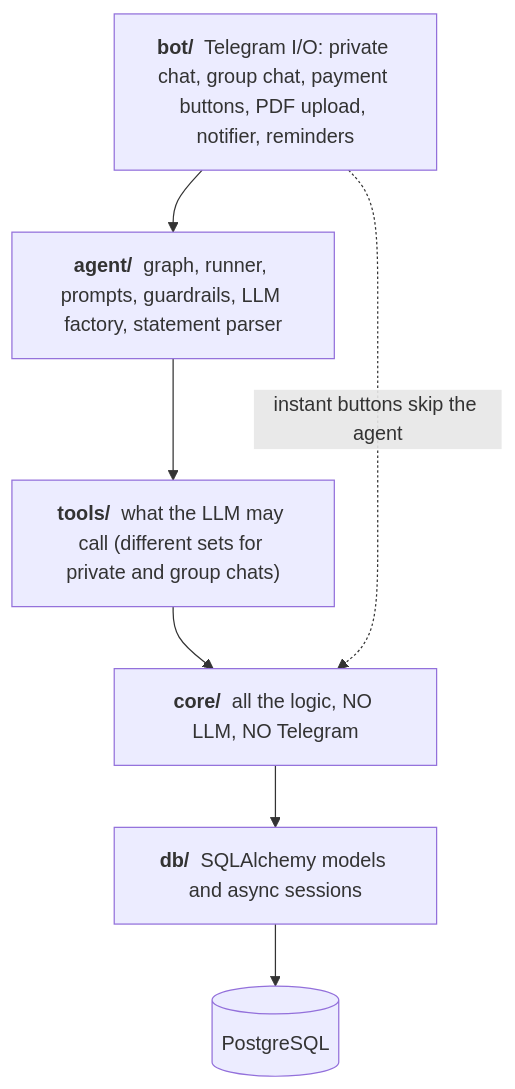
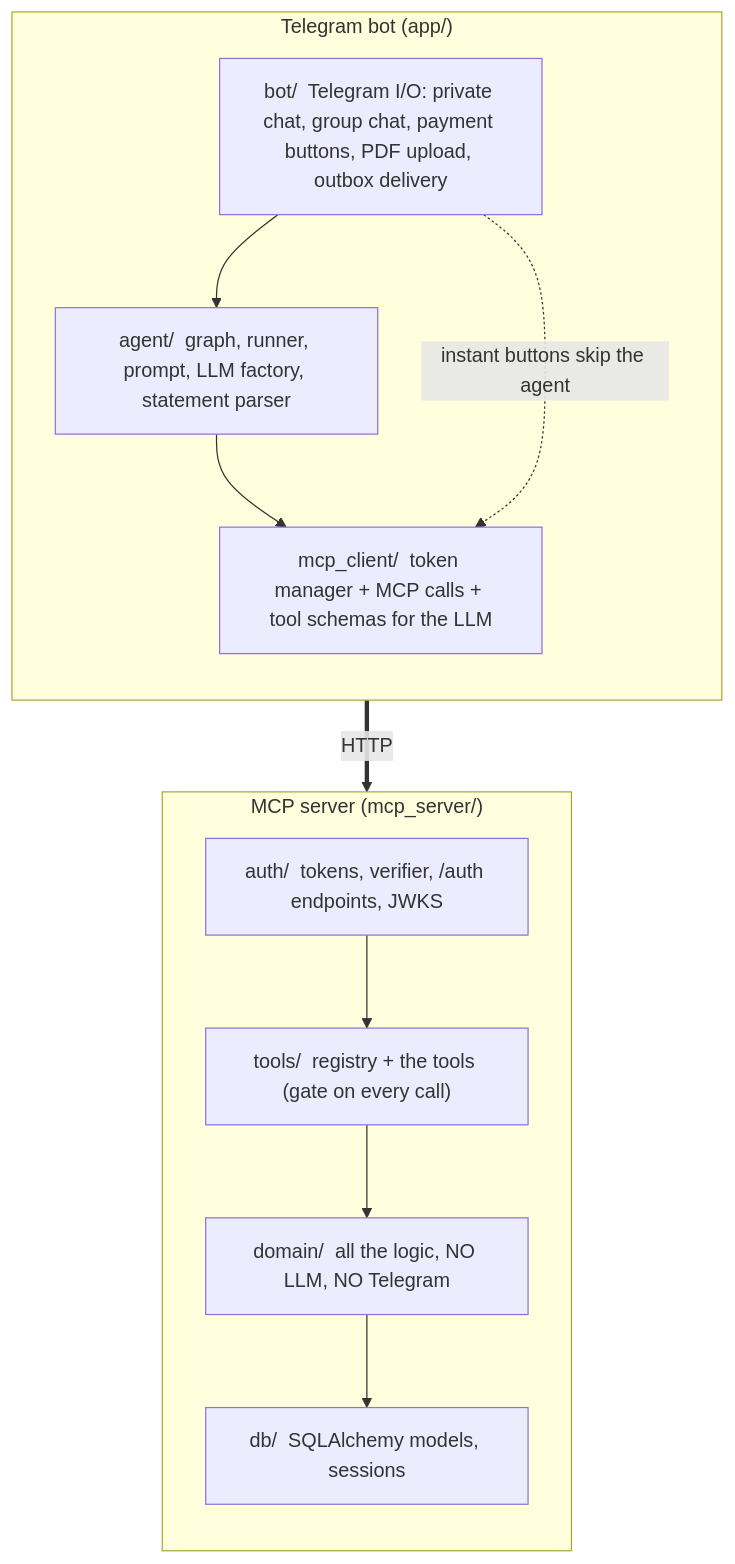
One commit to yeturu-surya-fission/Expense_Tracker changed the second of 7 diagrams in docs/ARCHITECTURE.md. Above: the diagram before and after it, drawn with Mermaid. The commit also changed other lines of this file and 132 other files, not shown here.

````diff
--- a/docs/ARCHITECTURE.md
+++ b/docs/ARCHITECTURE.md
@@ -54,12 +69,20 @@
 ```mermaid
 flowchart TB
-    L1["<b>bot/</b>  Telegram I/O: private chat, group chat, payment buttons, PDF upload, notifier, reminders"]
-    L2["<b>agent/</b>  graph, runner, prompts, guardrails, LLM factory, statement parser"]
-    L3["<b>tools/</b>  what the LLM may call (different sets for private and group chats)"]
-    L4["<b>core/</b>  all the logic, NO LLM, NO Telegram"]
-    L5["<b>db/</b>  SQLAlchemy models and async sessions"]
-    L6[("PostgreSQL")]
-
-    L1 --> L2 --> L3 --> L4 --> L5 --> L6
-    L1 -.->|"instant buttons skip the agent"| L4
+    subgraph B["Telegram bot (app/)"]
+        direction TB
+        B1["bot/  Telegram I/O: private chat, group chat, payment buttons, PDF upload, outbox delivery"]
+        B2["agent/  graph, runner, prompt, LLM factory, statement parser"]
+        B3["mcp_client/  token manager + MCP calls + tool schemas for the LLM"]
+        B1 --> B2 --> B3
+        B1 -.->|"instant buttons skip the agent"| B3
+    end
+    subgraph M["MCP server (mcp_server/)"]
+        direction TB
+        M1["auth/  tokens, verifier, /auth endpoints, JWKS"]
+        M2["tools/  registry + the tools (gate on every call)"]
+        M3["domain/  all the logic, NO LLM, NO Telegram"]
+        M4["db/  SQLAlchemy models, sessions"]
+        M1 --> M2 --> M3 --> M4
+    end
+    B3 ==>|"HTTP"| M1
 ```
````
